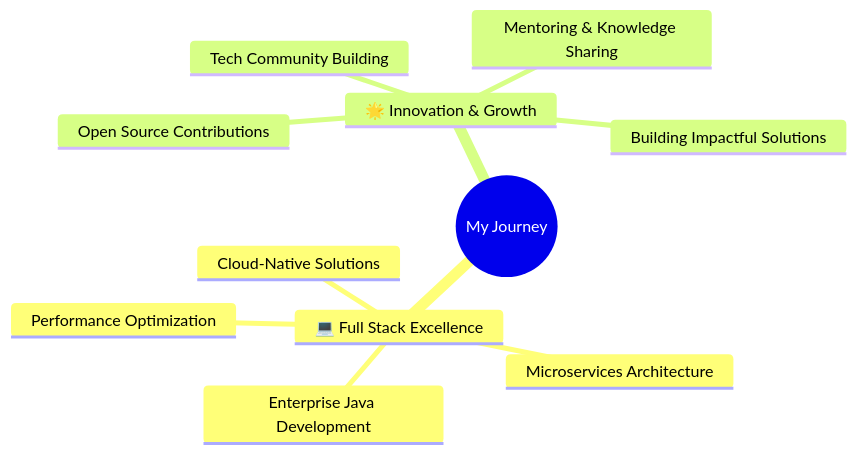
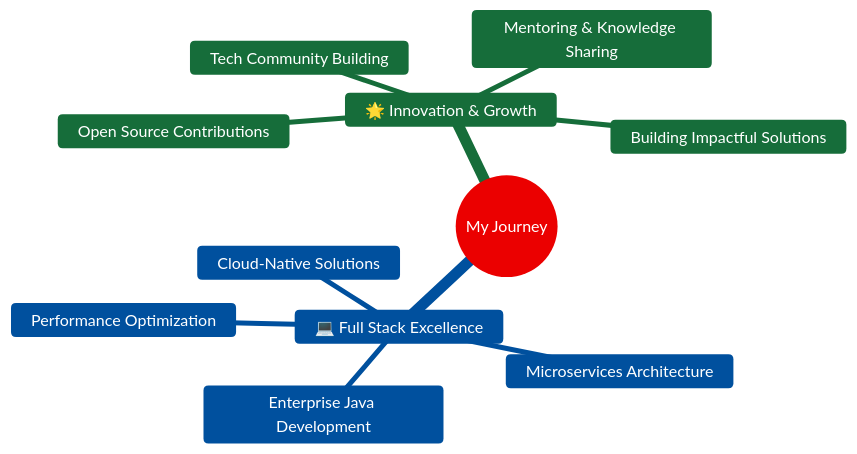
One commit to AdityaKotnala2004/adityakotnala2004 changed the diagram in README.md. Above: the diagram before and after it, drawn with Mermaid.

Commit message:
Add mermaid diagram to README
Added a mermaid diagram for visual representation of the journey.

````diff
--- a/README.md
+++ b/README.md
@@ -92,15 +92,25 @@
 ```mermaid
+%%{init: {'theme': 'base', 'themeVariables': { 
+  'primaryColor': '#FF6B6B',
+  'primaryTextColor': '#ffffff',
+  'primaryBorderColor': '#ff4757',
+  'lineColor': '#70a1ff',
+  'secondaryColor': '#1e90ff',
+  'tertiaryColor': '#2ed573',
+  'background': '#f5f6fa'
+}}}%%
+
 mindmap
   root((My Journey))
     💻 Full Stack Excellence
       Enterprise Java Development
       Microservices Architecture
       Cloud-Native Solutions
       Performance Optimization
 
     🌟 Innovation & Growth
       Open Source Contributions
       Tech Community Building
       Mentoring & Knowledge Sharing
       Building Impactful Solutions
 ```
````
